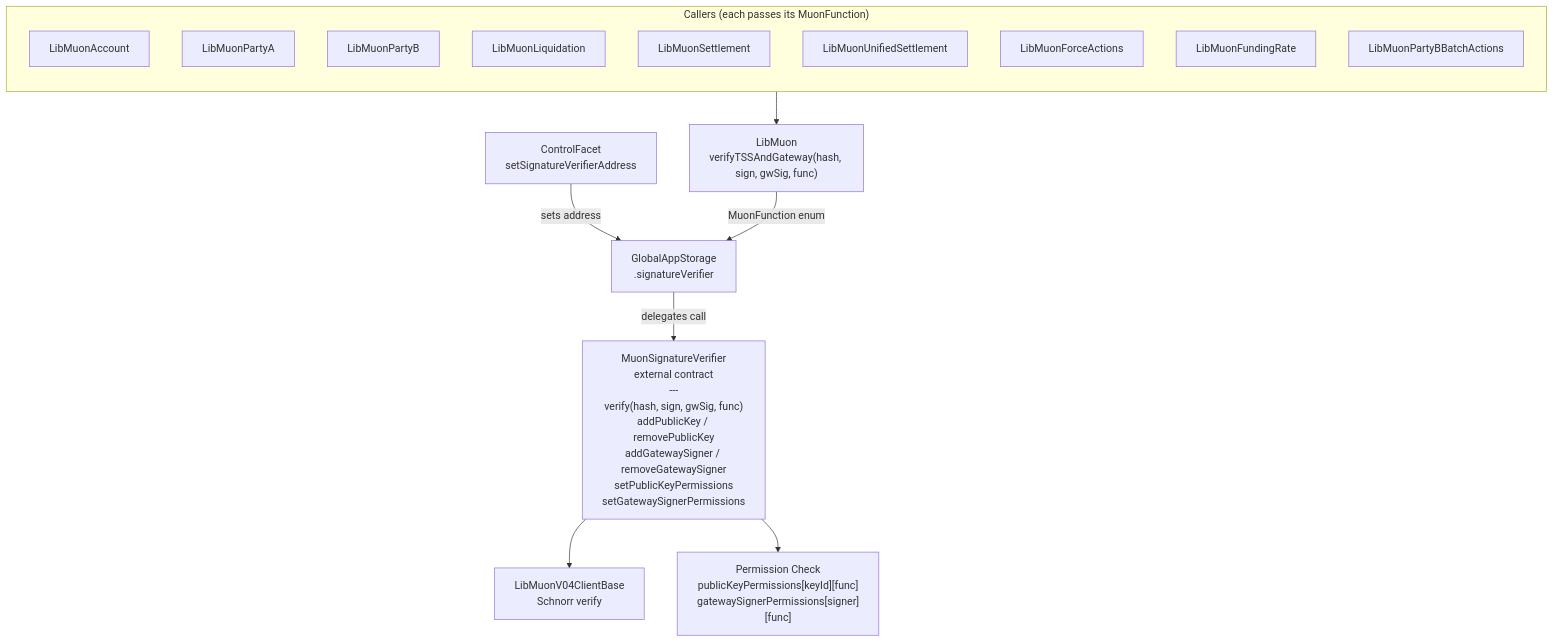
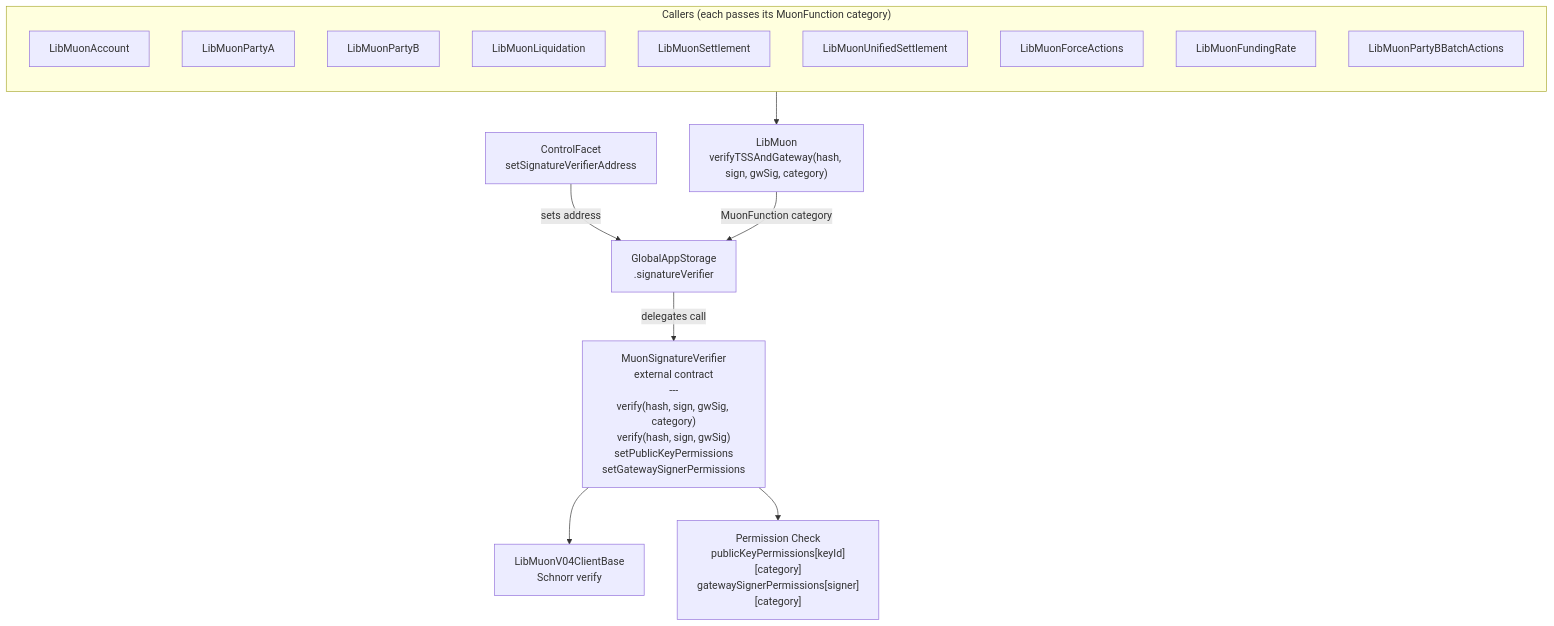
One commit to SYMM-IO/perps-core changed the diagram in docs/v0.8.5/muon-keys.md. Above: the diagram before and after it, drawn with Mermaid. The commit also changed other lines of this file and 23 other files, not shown here.

Commit message:
refactor: replace per-function MuonFunction enum with 7 per-category values

````diff
--- a/docs/v0.8.5/muon-keys.md
+++ b/docs/v0.8.5/muon-keys.md
@@ -21,29 +21,29 @@
 ```mermaid
 flowchart TD
     CF["ControlFacet<br/>setSignatureVerifierAddress"]
-    LM["LibMuon<br/>verifyTSSAndGateway(hash, sign, gwSig, func)"]
+    LM["LibMuon<br/>verifyTSSAndGateway(hash, sign, gwSig, category)"]
     GAS["GlobalAppStorage<br/>.signatureVerifier"]
-    MSV["MuonSignatureVerifier<br/>external contract<br/>---<br/>verify(hash, sign, gwSig, func)<br/>addPublicKey / removePublicKey<br/>addGatewaySigner / removeGatewaySigner<br/>setPublicKeyPermissions<br/>setGatewaySignerPermissions"]
+    MSV["MuonSignatureVerifier<br/>external contract<br/>---<br/>verify(hash, sign, gwSig, category)<br/>verify(hash, sign, gwSig)<br/>setPublicKeyPermissions<br/>setGatewaySignerPermissions"]
     SCH["LibMuonV04ClientBase<br/>Schnorr verify"]
-    PERM["Permission Check<br/>publicKeyPermissions[keyId][func]<br/>gatewaySignerPermissions[signer][func]"]
+    PERM["Permission Check<br/>publicKeyPermissions[keyId][category]<br/>gatewaySignerPermissions[signer][category]"]
 
     CF -->|sets address| GAS
-    LM -->|MuonFunction enum| GAS -->|delegates call| MSV
+    LM -->|MuonFunction category| GAS -->|delegates call| MSV
     MSV --> SCH
     MSV --> PERM
 
-    subgraph Callers["Callers (each passes its MuonFunction)"]
+    subgraph Callers["Callers (each passes its MuonFunction category)"]
         direction TB
         LibMuonAccount
         LibMuonPartyA
         LibMuonPartyB
         LibMuonLiquidation
         LibMuonSettlement
         LibMuonUnifiedSettlement
         LibMuonForceActions
         LibMuonFundingRate
         LibMuonPartyBBatchActions
     end
 
     Callers --> LM
 ```
````
